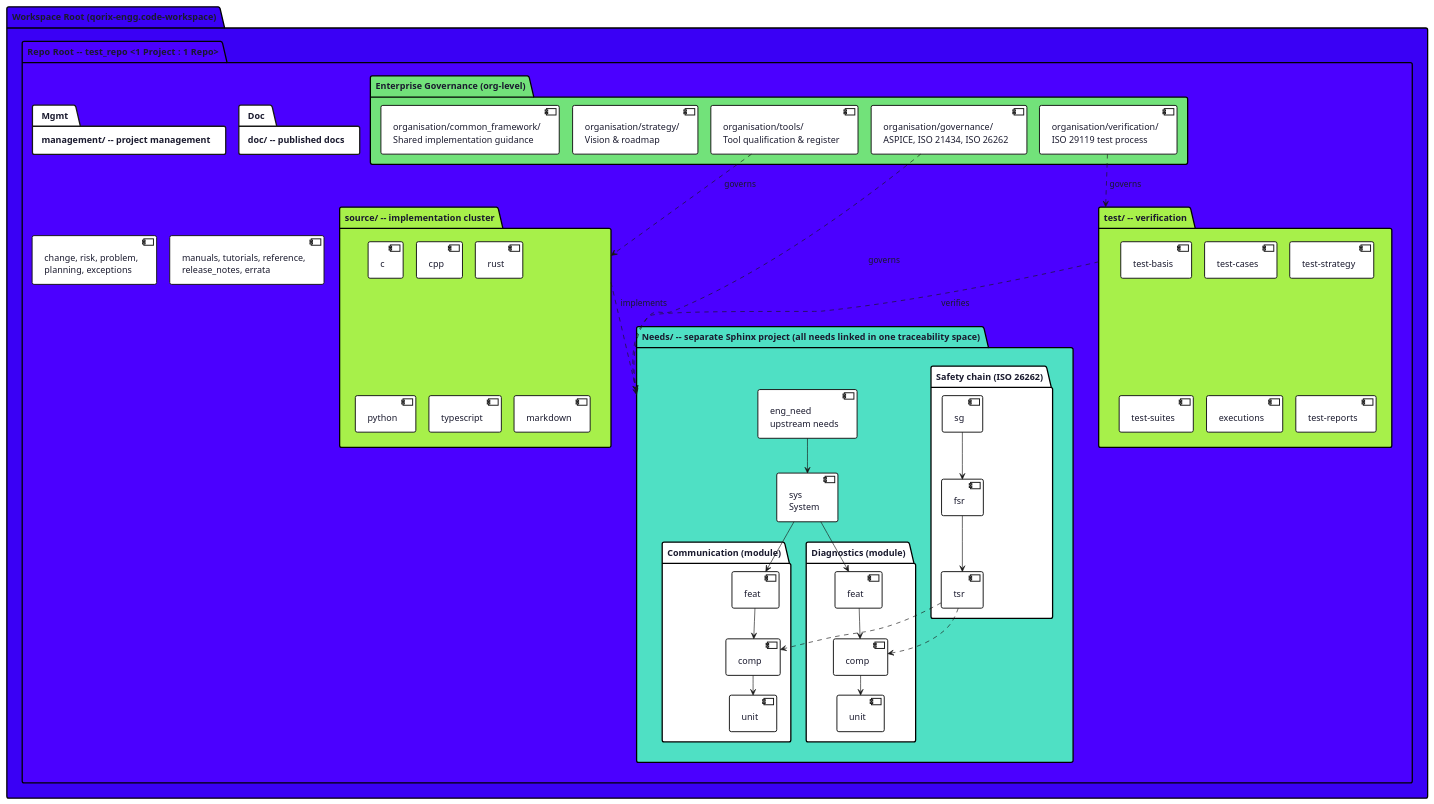
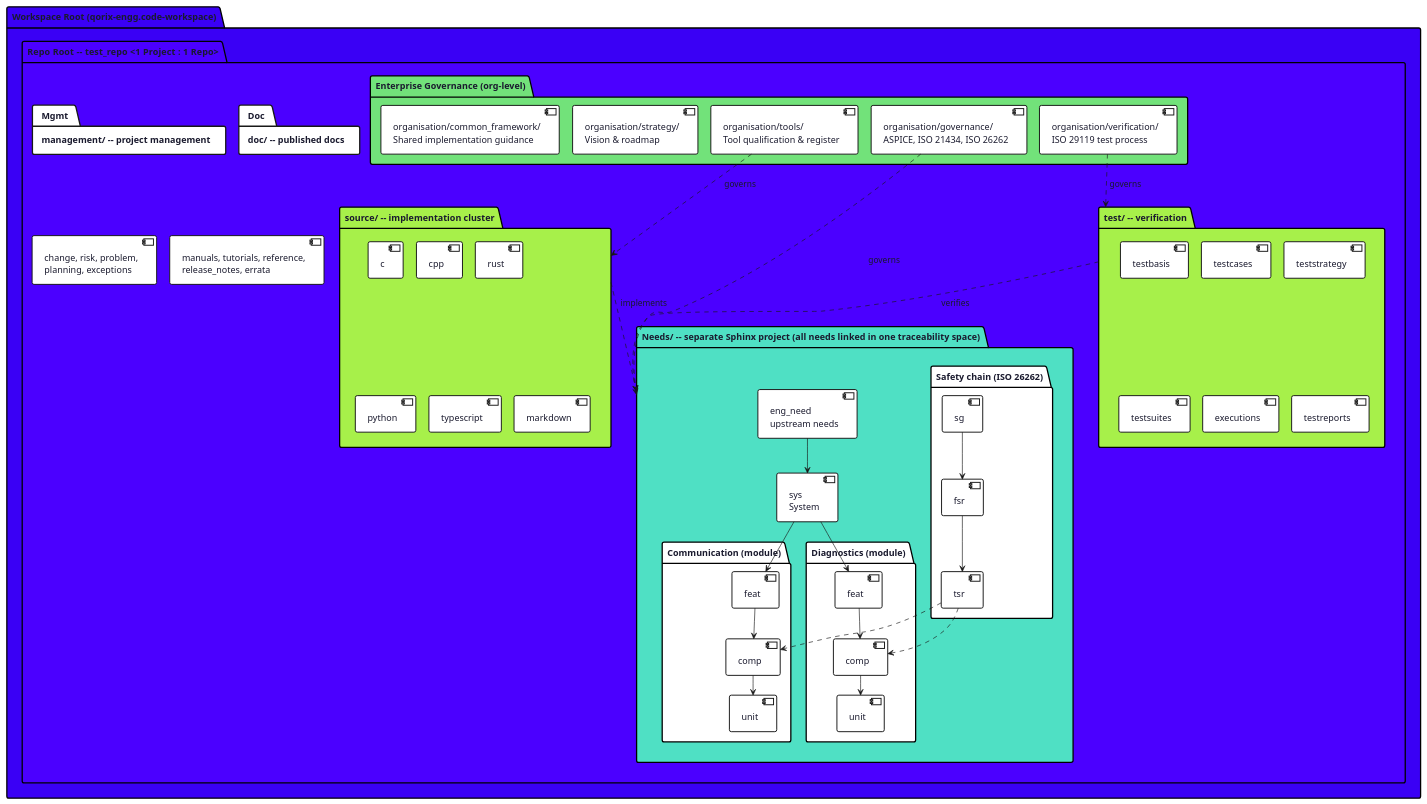
The diagram in organisation/governance/framework/enterprise_architecture.puml (SwatiDavari/Test-Repo), drawn with PlantUML before and after one commit. The commit also changed 122 other files, not shown here.

```diff
--- a/organisation/governance/framework/enterprise_architecture.puml
+++ b/organisation/governance/framework/enterprise_architecture.puml
@@ -1,108 +1,108 @@
 @startuml enterprise_architecture
 skinparam backgroundColor #FFFFFF
 skinparam defaultFontName Helvetica
 skinparam defaultFontColor #1A1A2E
 skinparam shadowing false
 skinparam roundCorner 6
 skinparam padding 4
 skinparam nodesep 20
 skinparam ranksep 30
 
 skinparam package {
   FontColor #1A1A2E
   FontStyle bold
   FontSize 14
   BackgroundColor #FFFFFF
   BorderThickness 2
 }
 
 skinparam component {
   BackgroundColor #FFFFFF
   FontColor #1A1A2E
   BorderThickness 1.5
 }
 
 ' Qorix palette: Deep Violet #3A00F5 / Electric Violet #4B00FF / Teal Mint
 ' #4FE0C4 / Fresh Green #72E27A / Lime Green #A7F04A
 
 package "Workspace Root (qorix-engg.code-workspace)" as Workspace #3A00F5 {
 
   package "Repo Root -- test_repo   <1 Project : 1 Repo>" as Repo #4B00FF {
 
     package "Needs/ -- separate Sphinx project (all needs linked in one traceability space)" as Needs #4FE0C4 {
       component "eng_need\nupstream needs" as EngNeed
       component "sys\nSystem" as SYS
 
       package "Communication (module)" as ModA #FFFFFF {
         component "feat" as FeatA
         component "comp" as CompA
         component "unit" as UnitA
       }
       package "Diagnostics (module)" as ModZ #FFFFFF {
         component "feat" as FeatZ
         component "comp" as CompZ
         component "unit" as UnitZ
       }
       package "Safety chain (ISO 26262)" as Safety #FFFFFF {
         component "sg" as SG
         component "fsr" as FSR
         component "tsr" as TSR
       }
     }
 
     package "Enterprise Governance (org-level)" as Gov #72E27A {
       component "organisation/governance/\nASPICE, ISO 21434, ISO 26262" as OrgGov
       component "organisation/verification/\nISO 29119 test process" as OrgVer
       component "organisation/tools/\nTool qualification & register" as OrgTools
       component "organisation/strategy/\nVision & roadmap" as OrgStrat
       component "organisation/common_framework/\nShared implementation guidance" as OrgCommon
     }
 
     package "source/ -- implementation cluster" as Source #A7F04A {
       component "c" as SrcC
       component "cpp" as SrcCpp
       component "rust" as SrcRust
       component "python" as SrcPy
       component "typescript" as SrcTs
       component "markdown" as SrcMd
     }
 
     package "test/ -- verification" as Test #A7F04A {
-      component "test-basis" as TBasis
-      component "test-cases" as TCases
-      component "test-strategy" as TStrat
-      component "test-suites" as TSuites
+      component "testbasis" as TBasis
+      component "testcases" as TCases
+      component "teststrategy" as TStrat
+      component "testsuites" as TSuites
       component "executions" as TExec
-      component "test-reports" as TReports
+      component "testreports" as TReports
     }
 
     package "doc/ -- published docs" as Doc #FFFFFF
     component "manuals, tutorials, reference,\nrelease_notes, errata" as DocSet
     Doc -[hidden]- DocSet
 
     package "management/ -- project management" as Mgmt #FFFFFF
     component "change, risk, problem,\nplanning, exceptions" as MgmtSet
     Mgmt -[hidden]- MgmtSet
   }
 }
 
 EngNeed --> SYS
 SYS --> FeatA
 SYS --> FeatZ
 FeatA --> CompA
 CompA --> UnitA
 FeatZ --> CompZ
 CompZ --> UnitZ
 SG --> FSR
 FSR --> TSR
 TSR ..> CompA
 TSR ..> CompZ
 
 OrgGov ..> Needs : governs
 OrgVer ..> Test : governs
 OrgTools ..> Source : governs
 
 Test ..> Needs : verifies
 Source ..> Needs : implements
 
 @enduml
```
